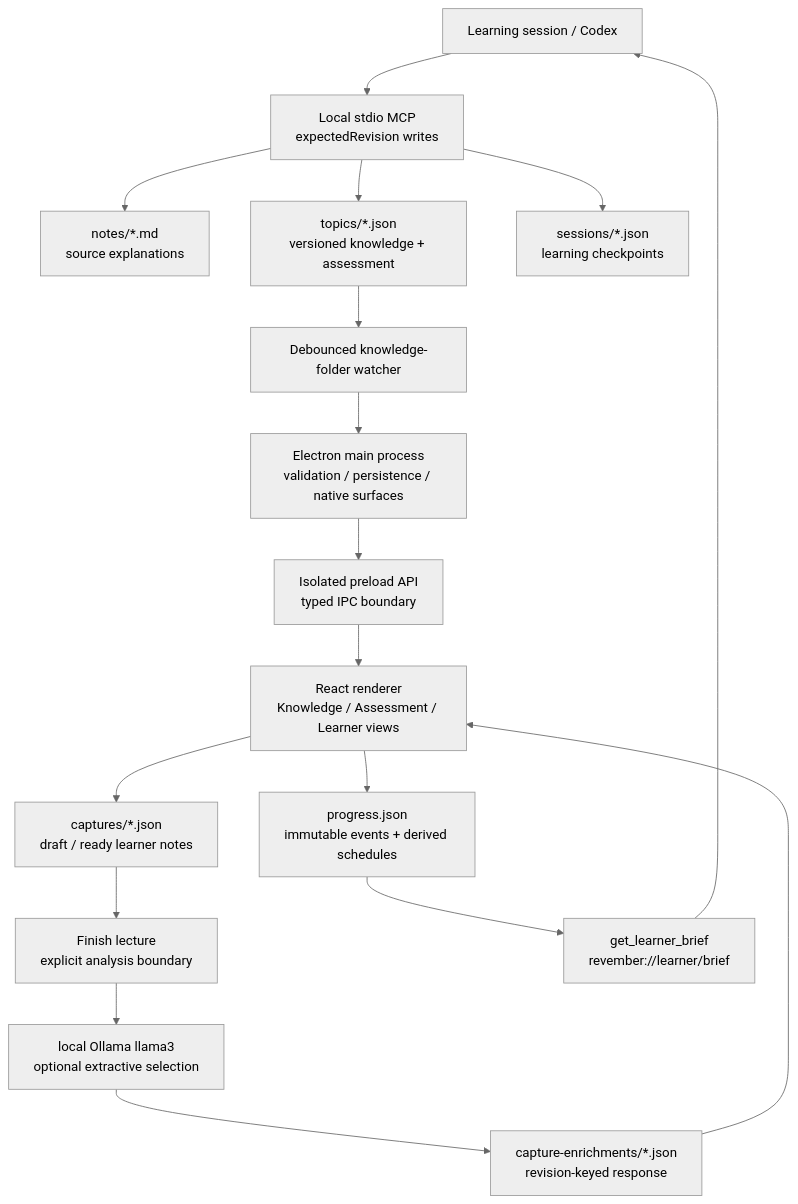
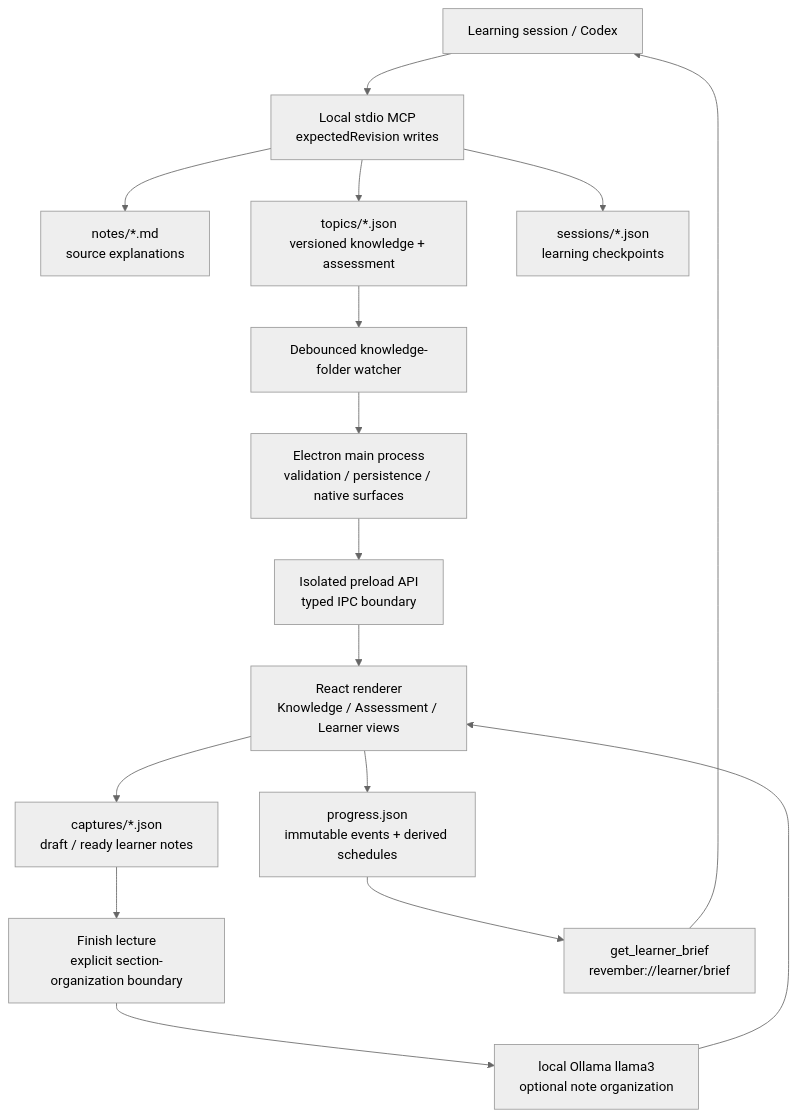
One commit to YashVG/revember_v2 changed the diagram in docs/architecture/closed-loop-learning-system.md. Above: the diagram before and after it, drawn with Mermaid (neutral theme). The commit also changed other lines of this file and 35 other files, not shown here.

````diff
--- a/docs/architecture/closed-loop-learning-system.md
+++ b/docs/architecture/closed-loop-learning-system.md
@@ -5,26 +5,25 @@
 ```mermaid
 flowchart TD
     codex["Learning session / Codex"]
     mcp["Local stdio MCP<br/>expectedRevision writes"]
     notes["notes/*.md<br/>source explanations"]
     topics["topics/*.json<br/>versioned knowledge + assessment"]
     sessions["sessions/*.json<br/>learning checkpoints"]
     captures["captures/*.json<br/>draft / ready learner notes"]
-    finish["Finish lecture<br/>explicit analysis boundary"]
-    ollama["local Ollama llama3<br/>optional extractive selection"]
-    enrichments["capture-enrichments/*.json<br/>revision-keyed response"]
+    finish["Finish lecture<br/>explicit section-organization boundary"]
+    ollama["local Ollama llama3<br/>optional note organization"]
     watcher["Debounced knowledge-folder watcher"]
     main["Electron main process<br/>validation / persistence / native surfaces"]
     preload["Isolated preload API<br/>typed IPC boundary"]
     app["React renderer<br/>Knowledge / Assessment / Learner views"]
     progress["progress.json<br/>immutable events + derived schedules"]
     brief["get_learner_brief<br/>revember://learner/brief"]
 
     codex --> mcp
     mcp --> notes
     mcp --> topics
     mcp --> sessions
     topics --> watcher --> main --> preload --> app
-    app --> captures --> finish --> ollama --> enrichments --> app
+    app --> captures --> finish --> ollama --> app
     app --> progress --> brief --> codex
 ```
````
